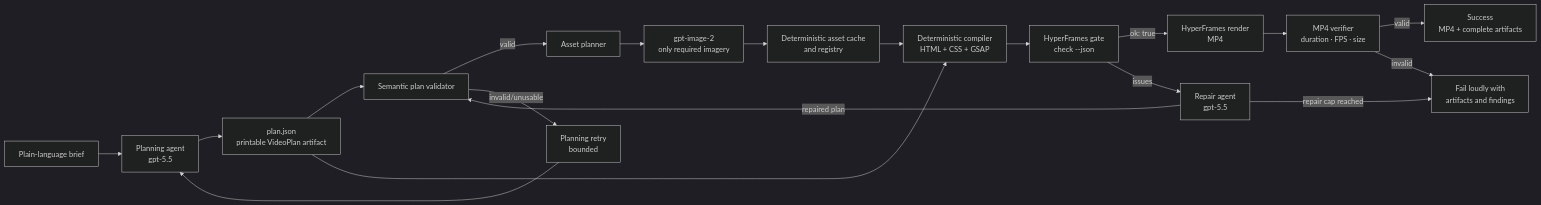
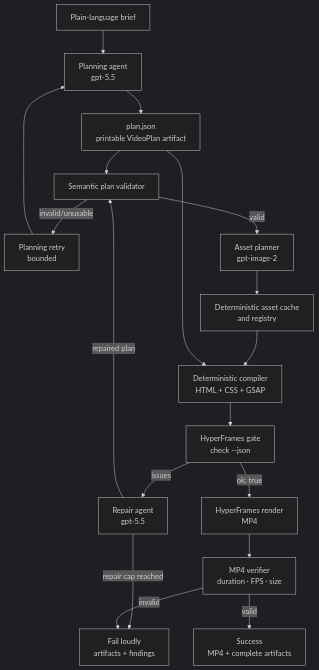
One commit to varshithreddy39/brief-to-video-HyperFrames changed the diagram in README.md. Above: the diagram before and after it, drawn with Mermaid (dark theme). The commit also changed 1 other file, not shown here.

Commit message:
Fix architecture diagram to vertical (TD), clean up docs stale references

````diff
--- a/README.md
+++ b/README.md
@@ -51,24 +51,20 @@
 ```mermaid
-flowchart LR
+flowchart TD
     B[Plain-language brief] --> P[Planning agent<br/>gpt-5.5]
     P --> PA[plan.json<br/>printable VideoPlan artifact]
     PA --> PV[Semantic plan validator]
-    PV -->|valid| AP[Asset planner]
     PV -->|invalid/unusable| PR[Planning retry<br/>bounded]
     PR --> P
-
-    AP --> IG[gpt-image-2<br/>only required imagery]
-    IG --> AR[Deterministic asset cache<br/>and registry]
+    PV -->|valid| AP[Asset planner<br/>gpt-image-2]
+    AP --> AR[Deterministic asset cache<br/>and registry]
     AR --> CC[Deterministic compiler<br/>HTML + CSS + GSAP]
     PA --> CC
     CC --> HC[HyperFrames gate<br/>check --json]
-
-    HC -->|ok: true| R[HyperFrames render<br/>MP4]
     HC -->|issues| RL[Repair agent<br/>gpt-5.5]
     RL -->|repaired plan| PV
-    RL -->|repair cap reached| F[Fail loudly with<br/>artifacts and findings]
-
+    RL -->|repair cap reached| F[Fail loudly<br/>artifacts + findings]
+    HC -->|ok: true| R[HyperFrames render<br/>MP4]
     R --> MV[MP4 verifier<br/>duration · FPS · size]
+    MV -->|invalid| F
     MV -->|valid| S[Success<br/>MP4 + complete artifacts]
-    MV -->|invalid| F
 ```
````
